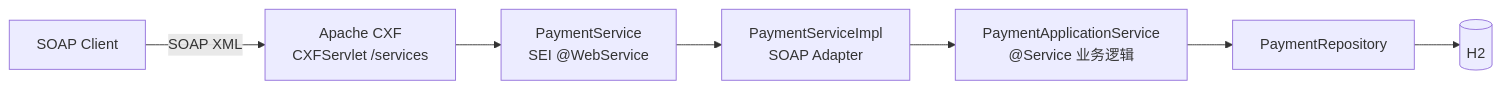
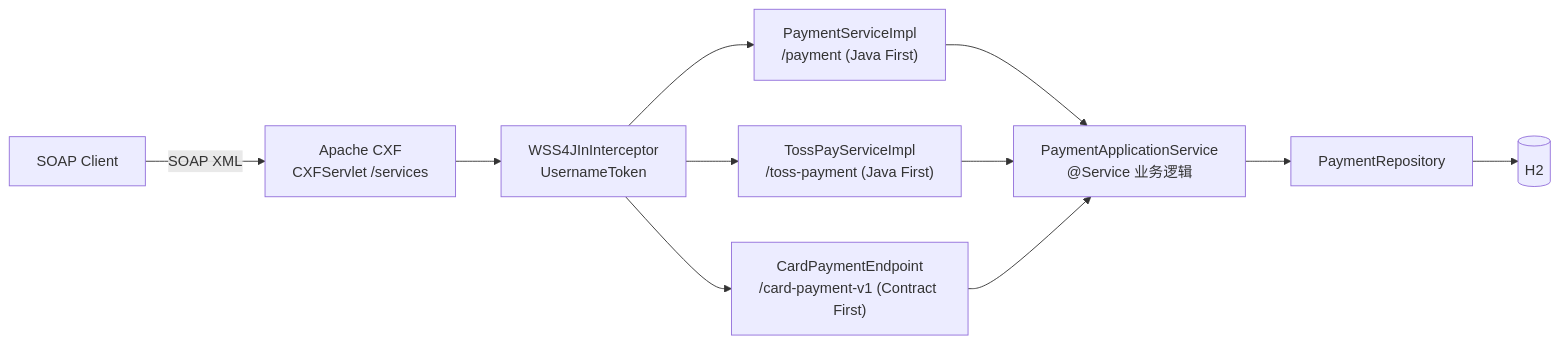
The diagram in README.zh-CN.md (hyunolike/spring-boot-cxf-soap-poc), drawn with Mermaid before and after one commit. The commit also changed other lines of this file and 43 other files, not shown here.

````diff
--- a/README.zh-CN.md
+++ b/README.zh-CN.md
@@ -216,8 +361,12 @@
 ```mermaid
 flowchart LR
     Client["SOAP Client"] -->|"SOAP XML"| CXF["Apache CXF<br/>CXFServlet /services"]
-    CXF --> SEI["PaymentService<br/>SEI @WebService"]
-    SEI --> IMPL["PaymentServiceImpl<br/>SOAP Adapter"]
-    IMPL --> APP["PaymentApplicationService<br/>@Service 业务逻辑"]
+    CXF --> WSS["WSS4JInInterceptor<br/>UsernameToken"]
+    WSS --> CARD["PaymentServiceImpl<br/>/payment (Java First)"]
+    WSS --> TOSS["TossPayServiceImpl<br/>/toss-payment (Java First)"]
+    WSS --> CF["CardPaymentEndpoint<br/>/card-payment-v1 (Contract First)"]
+    CARD --> APP["PaymentApplicationService<br/>@Service 业务逻辑"]
+    TOSS --> APP
+    CF --> APP
     APP --> REPO["PaymentRepository"] --> DB[(H2)]
 ```
````
